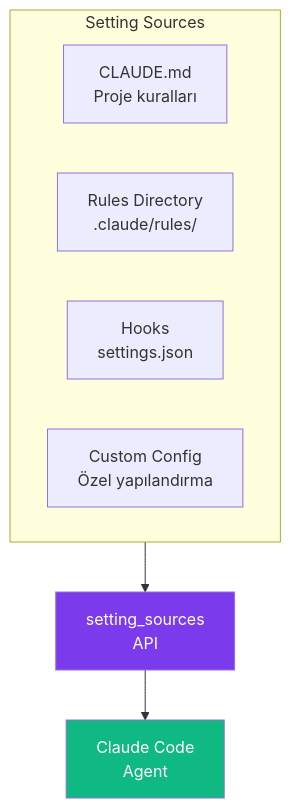
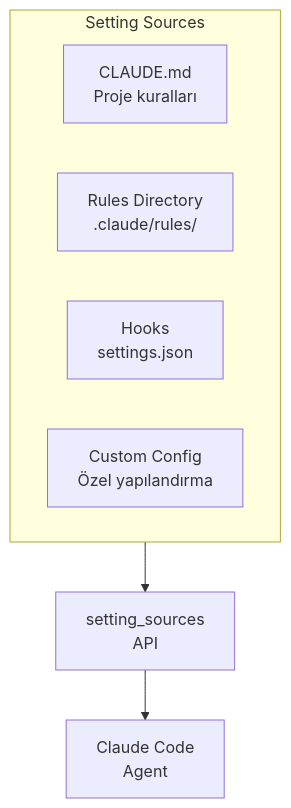
Before and after one commit to IzzetYasinAtes/ClaudeCodeHandbook: the second of 3 diagrams in 16-cicd-ve-devops/04-headless-mod-ve-sdk.md, drawn with Mermaid. The commit also changed other lines of this file and 97 other files, not shown here.

Commit message:
Remove all custom Mermaid style/fill colors from 98 markdown files for consistent dark theme rendering

````diff
--- a/16-cicd-ve-devops/04-headless-mod-ve-sdk.md
+++ b/16-cicd-ve-devops/04-headless-mod-ve-sdk.md
@@ -331,15 +328,13 @@
 ```mermaid
 flowchart TB
     subgraph sources ["Setting Sources"]
         CM["CLAUDE.md<br/>Proje kuralları"]
         RULES["Rules Directory<br/>.claude/rules/"]
         HOOKS["Hooks<br/>settings.json"]
         CUSTOM["Custom Config<br/>Özel yapılandırma"]
     end
 
     sources --> SS["setting_sources<br/>API"]
     SS --> AGENT["Claude Code<br/>Agent"]
 
-    style SS fill:#7C3AED,color:#fff
-    style AGENT fill:#10B981,color:#fff
 ```
````
